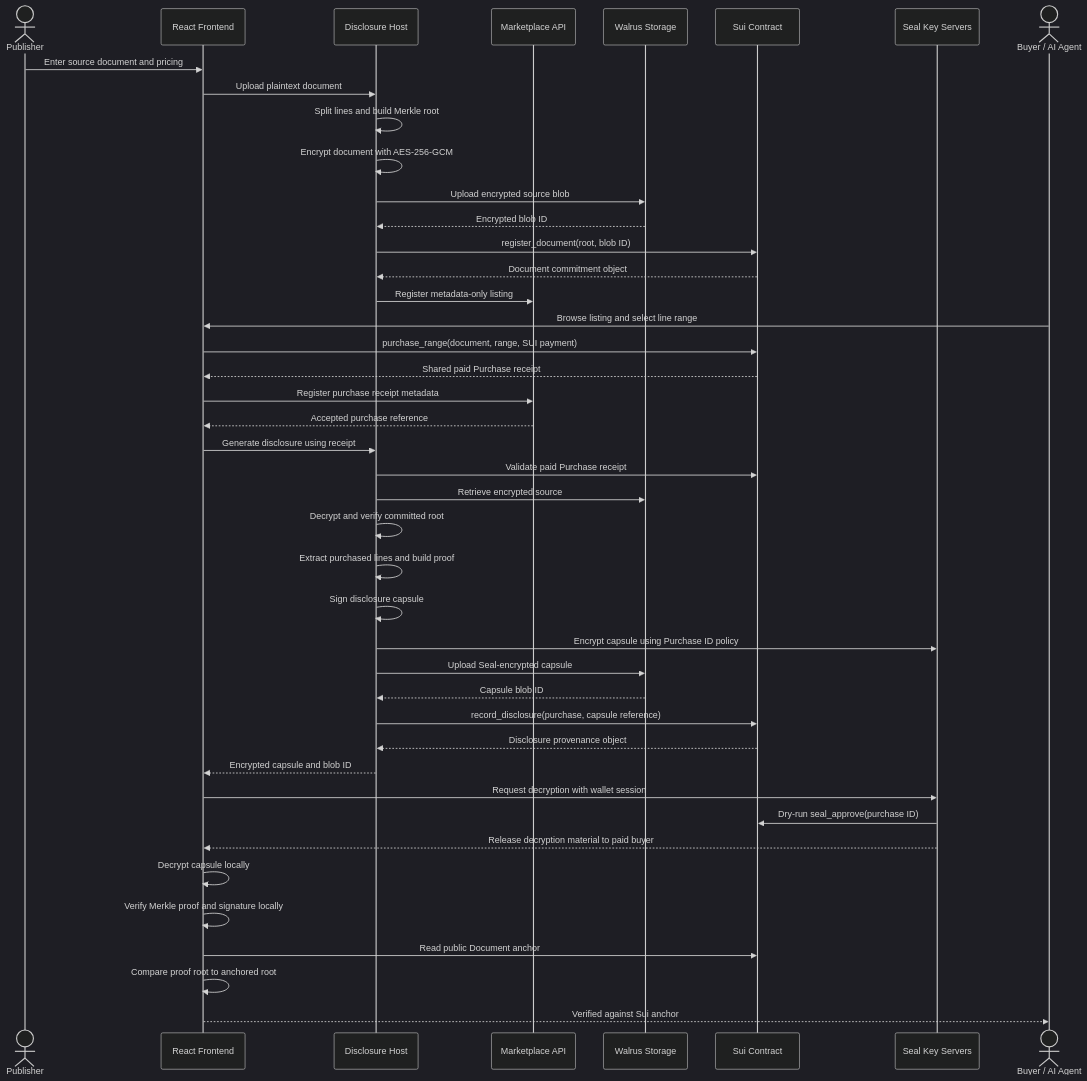
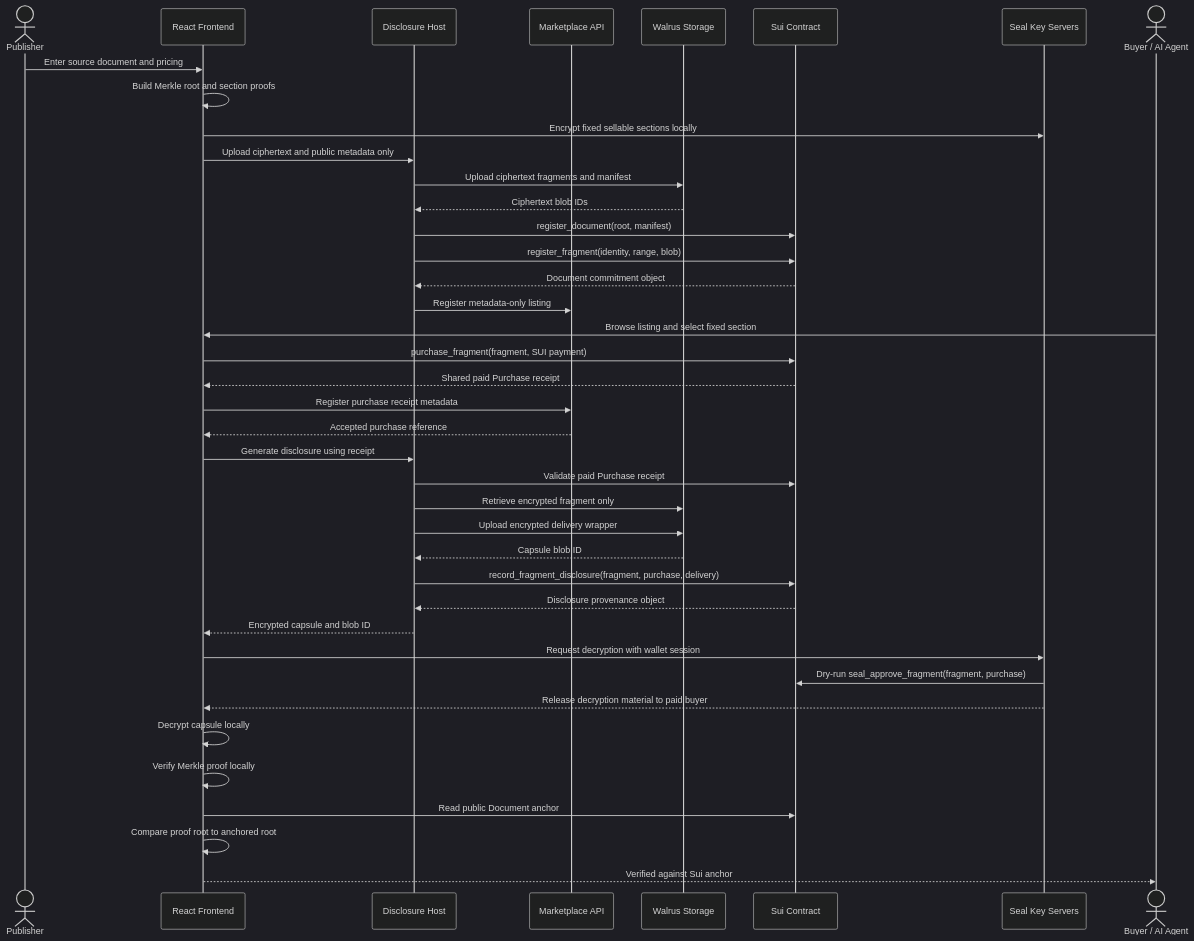
Before and after one commit to 0xr10t/capsule: the diagram in README.md, drawn with Mermaid (dark theme). The commit also changed other lines of this file and 6 other files, not shown here.

Commit message:
docs: record source-keyless fragment validation

````diff
--- a/README.md
+++ b/README.md
@@ -54,48 +56,45 @@
 ```mermaid
 sequenceDiagram
     actor Publisher
     participant UI as React Frontend
     participant Host as Disclosure Host
     participant Market as Marketplace API
     participant Walrus as Walrus Storage
     participant Sui as Sui Contract
     participant Seal as Seal Key Servers
     actor Buyer as Buyer / AI Agent
 
     Publisher->>UI: Enter source document and pricing
-    UI->>Host: Upload plaintext document
-    Host->>Host: Split lines and build Merkle root
-    Host->>Host: Encrypt document with AES-256-GCM
-    Host->>Walrus: Upload encrypted source blob
-    Walrus-->>Host: Encrypted blob ID
-    Host->>Sui: register_document(root, blob ID)
+    UI->>UI: Build Merkle root and section proofs
+    UI->>Seal: Encrypt fixed sellable sections locally
+    UI->>Host: Upload ciphertext and public metadata only
+    Host->>Walrus: Upload ciphertext fragments and manifest
+    Walrus-->>Host: Ciphertext blob IDs
+    Host->>Sui: register_document(root, manifest)
+    Host->>Sui: register_fragment(identity, range, blob)
     Sui-->>Host: Document commitment object
     Host->>Market: Register metadata-only listing
 
-    Buyer->>UI: Browse listing and select line range
-    UI->>Sui: purchase_range(document, range, SUI payment)
+    Buyer->>UI: Browse listing and select fixed section
+    UI->>Sui: purchase_fragment(fragment, SUI payment)
     Sui-->>UI: Shared paid Purchase receipt
     UI->>Market: Register purchase receipt metadata
     Market-->>UI: Accepted purchase reference
     UI->>Host: Generate disclosure using receipt
     Host->>Sui: Validate paid Purchase receipt
-    Host->>Walrus: Retrieve encrypted source
-    Host->>Host: Decrypt and verify committed root
-    Host->>Host: Extract purchased lines and build proof
-    Host->>Host: Sign disclosure capsule
-    Host->>Seal: Encrypt capsule using Purchase ID policy
-    Host->>Walrus: Upload Seal-encrypted capsule
+    Host->>Walrus: Retrieve encrypted fragment only
+    Host->>Walrus: Upload encrypted delivery wrapper
     Walrus-->>Host: Capsule blob ID
-    Host->>Sui: record_disclosure(purchase, capsule reference)
+    Host->>Sui: record_fragment_disclosure(fragment, purchase, delivery)
     Sui-->>Host: Disclosure provenance object
     Host-->>UI: Encrypted capsule and blob ID
 
     UI->>Seal: Request decryption with wallet session
-    Seal->>Sui: Dry-run seal_approve(purchase ID)
+    Seal->>Sui: Dry-run seal_approve_fragment(fragment, purchase)
     Seal-->>UI: Release decryption material to paid buyer
     UI->>UI: Decrypt capsule locally
-    UI->>UI: Verify Merkle proof and signature locally
+    UI->>UI: Verify Merkle proof locally
     UI->>Sui: Read public Document anchor
     UI->>UI: Compare proof root to anchored root
     UI-->>Buyer: Verified against Sui anchor
 ```
````
